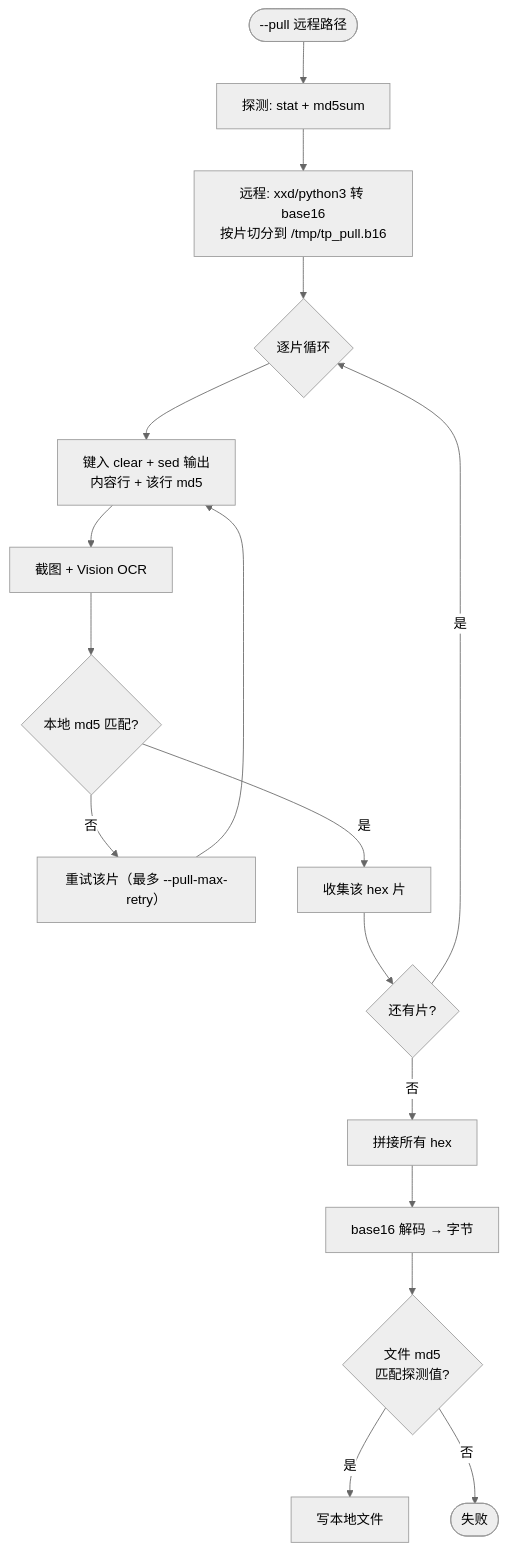
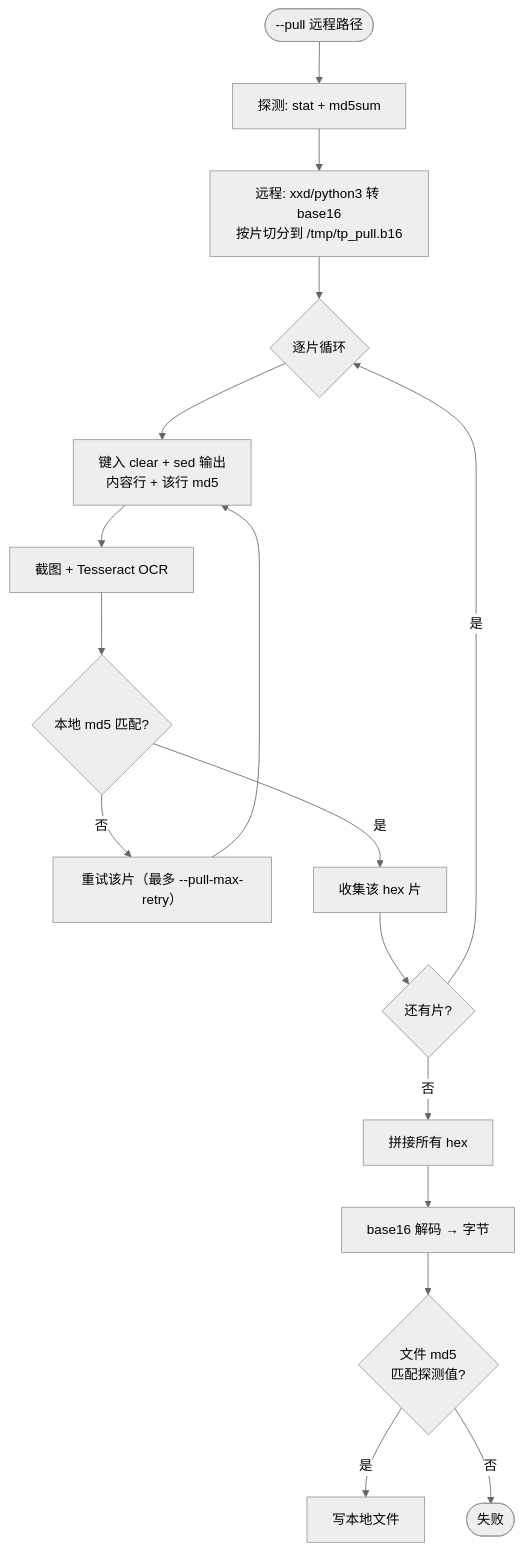
The fifth of 5 diagrams in README.md (qzsiniong/typepaste-rs), drawn with Mermaid (neutral theme) before and after one commit. The commit also changed other lines of this file and 17 other files, not shown here.

````diff
--- a/README.md
+++ b/README.md
@@ -224,19 +232,19 @@
 ```mermaid
 flowchart TD
     Start([--pull 远程路径]) --> Probe[探测: stat + md5sum]
     Probe --> Prep[远程: xxd/python3 转 base16<br/>按片切分到 /tmp/tp_pull.b16]
     Prep --> Loop{逐片循环}
     Loop --> Type[键入 clear + sed 输出<br/>内容行 + 该行 md5]
-    Type --> Shot[截图 + Vision OCR]
+    Type --> Shot[截图 + Tesseract OCR]
     Shot --> Verify{本地 md5 匹配?}
     Verify -->|否| Retry[重试该片（最多 --pull-max-retry）]
     Retry --> Type
     Verify -->|是| Collect[收集该 hex 片]
     Collect --> More{还有片?}
     More -->|是| Loop
     More -->|否| Concat[拼接所有 hex]
     Concat --> Decode[base16 解码 → 字节]
     Decode --> Check{文件 md5<br/>匹配探测值?}
     Check -->|是| Write[写本地文件]
     Check -->|否| Fail([失败])
 ```
````
